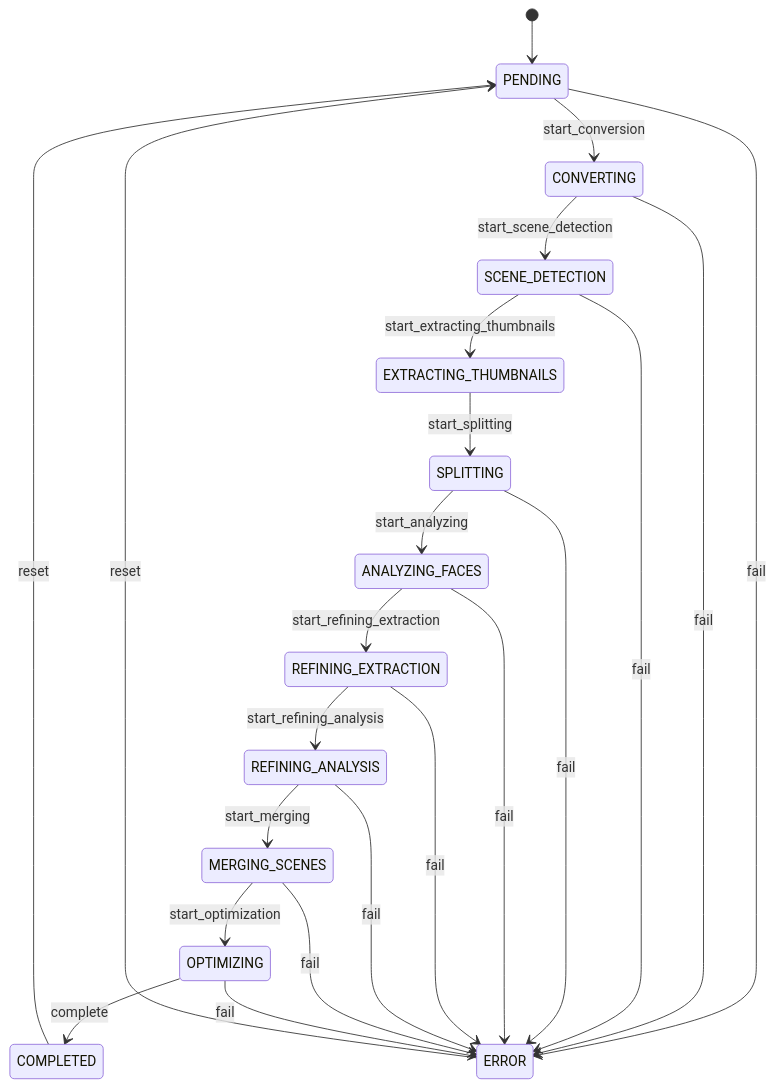
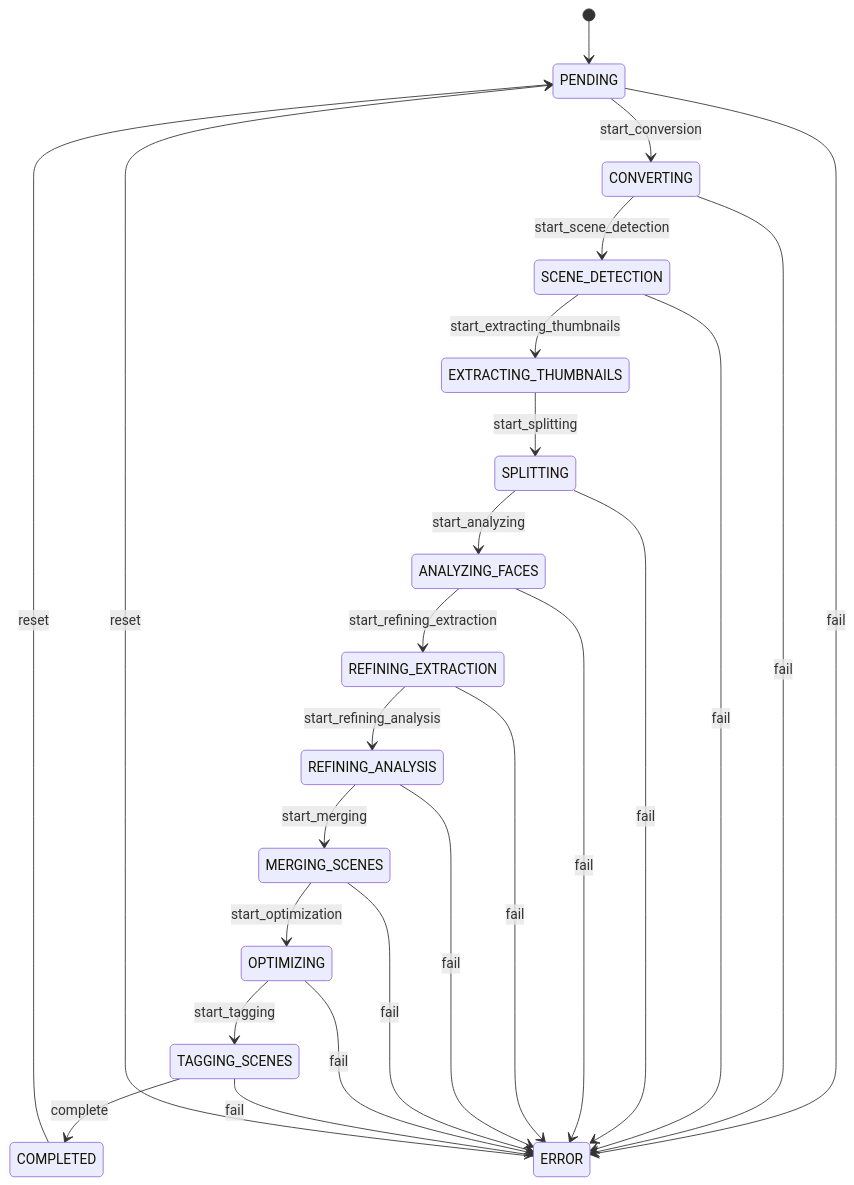
Before and after one commit to rextuus/momentary: the diagram in documentation/video_workflow.md, drawn with Mermaid. The commit also changed other lines of this file and 23 other files, not shown here.

````diff
--- a/documentation/video_workflow.md
+++ b/documentation/video_workflow.md
@@ -26,32 +27,34 @@
 ```mermaid
 stateDiagram-v2
     [*] --> PENDING
     PENDING --> CONVERTING : start_conversion
     
     CONVERTING --> SCENE_DETECTION : start_scene_detection
     
     SCENE_DETECTION --> EXTRACTING_THUMBNAILS : start_extracting_thumbnails
     EXTRACTING_THUMBNAILS --> SPLITTING : start_splitting
     SPLITTING --> ANALYZING_FACES : start_analyzing
     ANALYZING_FACES --> REFINING_EXTRACTION : start_refining_extraction
     REFINING_EXTRACTION --> REFINING_ANALYSIS : start_refining_analysis
     REFINING_ANALYSIS --> MERGING_SCENES : start_merging
     
     MERGING_SCENES --> OPTIMIZING : start_optimization
-    OPTIMIZING --> COMPLETED : complete
+    OPTIMIZING --> TAGGING_SCENES : start_tagging
+    TAGGING_SCENES --> COMPLETED : complete
     
     %% Fehlerbehandlung
     PENDING --> ERROR : fail
     CONVERTING --> ERROR : fail
     SCENE_DETECTION --> ERROR : fail
     SPLITTING --> ERROR : fail
     ANALYZING_FACES --> ERROR : fail
     REFINING_EXTRACTION --> ERROR : fail
     REFINING_ANALYSIS --> ERROR : fail
     MERGING_SCENES --> ERROR : fail
     OPTIMIZING --> ERROR : fail
+    TAGGING_SCENES --> ERROR : fail
     
     %% Rücksprünge (vereinfacht)
     COMPLETED --> PENDING : reset
     ERROR --> PENDING : reset
 ```
````
